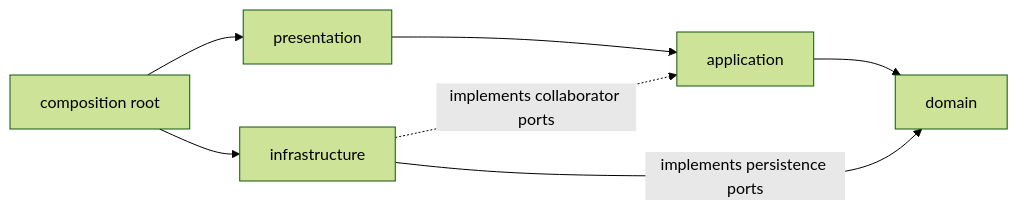
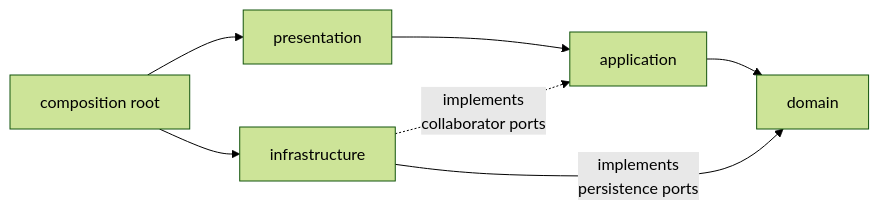
Before and after one commit to alonsovndev/engineering-handbook: the first of 2 diagrams in docs/architecture/clean-architecture.md, drawn with Mermaid (forest theme). The commit also changed 5 other files, not shown here.

First line of the commit message:
docs(architecture): add documenting architecture page with C4 (#9)

````diff
--- a/docs/architecture/clean-architecture.md
+++ b/docs/architecture/clean-architecture.md
@@ -9,9 +9,9 @@
 ```mermaid
 flowchart LR
   presentation[presentation] --> application
   application --> domain
-  infrastructure -->|implements persistence ports| domain
-  infrastructure -.->|implements collaborator ports| application
+  infrastructure -->|implements<br/>persistence ports| domain
+  infrastructure -.->|implements<br/>collaborator ports| application
   composition[composition root] --> presentation
   composition --> infrastructure
 ```
````
